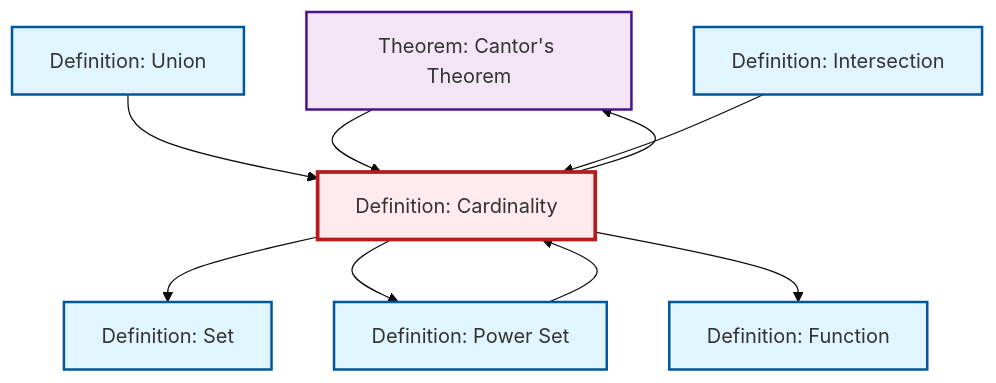
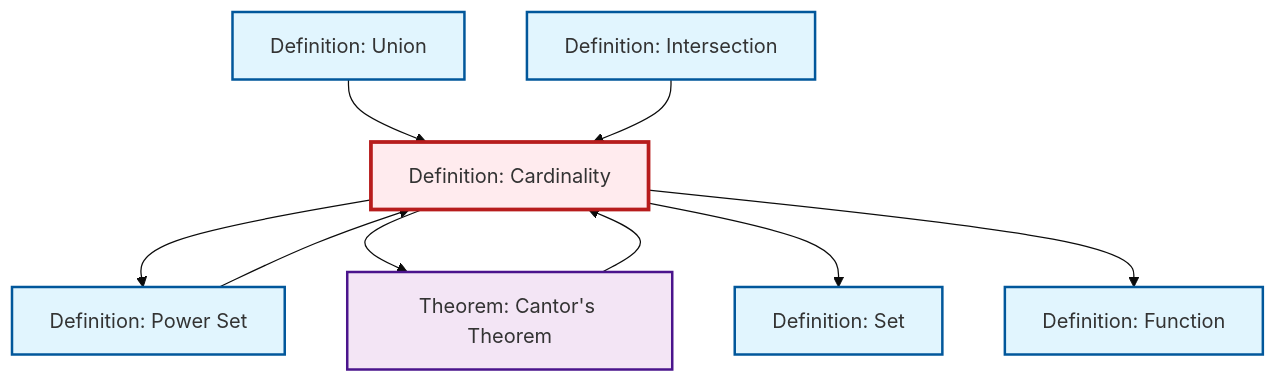
One commit to RK0429/ModernMath changed the diagram in content/en/logic-set-theory/def-cardinality.qmd. Above: the diagram before and after it, drawn with Mermaid (base theme). The commit also changed other lines of this file and 597 other files, not shown here.

````diff
--- a/content/en/logic-set-theory/def-cardinality.qmd
+++ b/content/en/logic-set-theory/def-cardinality.qmd
@@ -85,31 +85,31 @@
 ```{mermaid}
 %%| fig-cap: "Local dependency graph"
 graph TD
     classDef definition fill:#e1f5fe,stroke:#01579b,stroke-width:2px
     classDef theorem fill:#f3e5f5,stroke:#4a148c,stroke-width:2px
     classDef axiom fill:#fff3e0,stroke:#e65100,stroke-width:2px
     classDef example fill:#e8f5e9,stroke:#1b5e20,stroke-width:2px
     classDef current fill:#ffebee,stroke:#b71c1c,stroke-width:3px
-    thm-cantor["Theorem: Cantor's Theorem"]:::theorem
+    def-intersection["Definition: Intersection"]:::definition
     def-function["Definition: Function"]:::definition
-    def-power-set["Definition: Power Set"]:::definition
-    def-union["Definition: Union"]:::definition
-    def-intersection["Definition: Intersection"]:::definition
     def-cardinality["Definition: Cardinality"]:::definition
     def-set["Definition: Set"]:::definition
+    thm-cantor["Theorem: Cantor's Theorem"]:::theorem
+    def-union["Definition: Union"]:::definition
+    def-power-set["Definition: Power Set"]:::definition
+    def-power-set --> def-cardinality
+    thm-cantor --> def-cardinality
     def-union --> def-cardinality
-    def-cardinality --> def-set
     def-cardinality --> def-power-set
-    thm-cantor --> def-cardinality
-    def-cardinality --> def-function
-    def-power-set --> def-cardinality
     def-cardinality --> thm-cantor
     def-intersection --> def-cardinality
+    def-cardinality --> def-set
+    def-cardinality --> def-function
     class def-cardinality current
+    click def-intersection "def-intersection.html" "Go to Intersection definition"
+    click def-function "def-function.html" "Go to Function definition"
+    click def-set "def-set.html" "Go to Set definition"
     click thm-cantor "thm-cantor.html" "Go to Cantor's Theorem theorem"
-    click def-function "def-function.html" "Go to Function definition"
+    click def-union "def-union.html" "Go to Union definition"
     click def-power-set "def-power-set.html" "Go to Power Set definition"
-    click def-union "def-union.html" "Go to Union definition"
-    click def-intersection "def-intersection.html" "Go to Intersection definition"
-    click def-set "def-set.html" "Go to Set definition"
 ```
````
